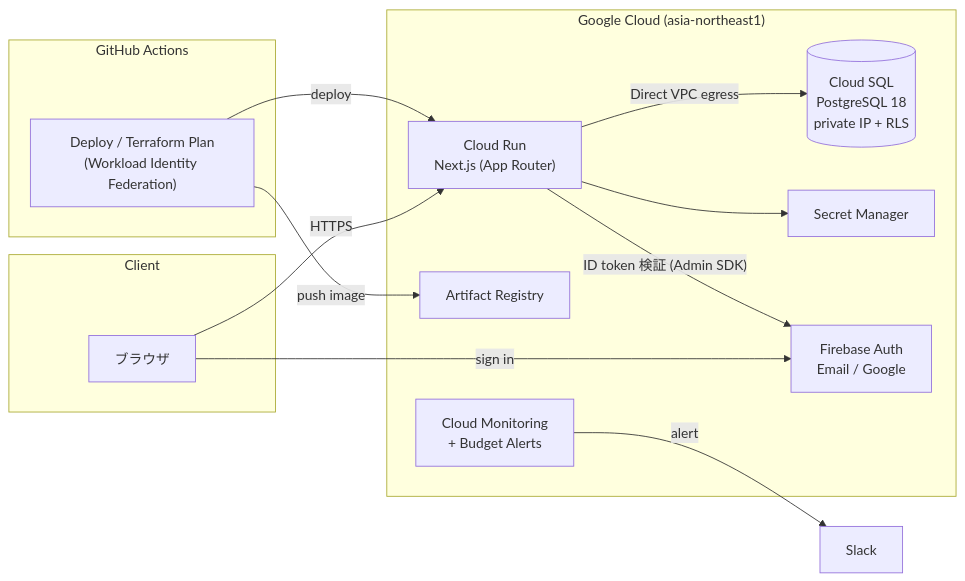
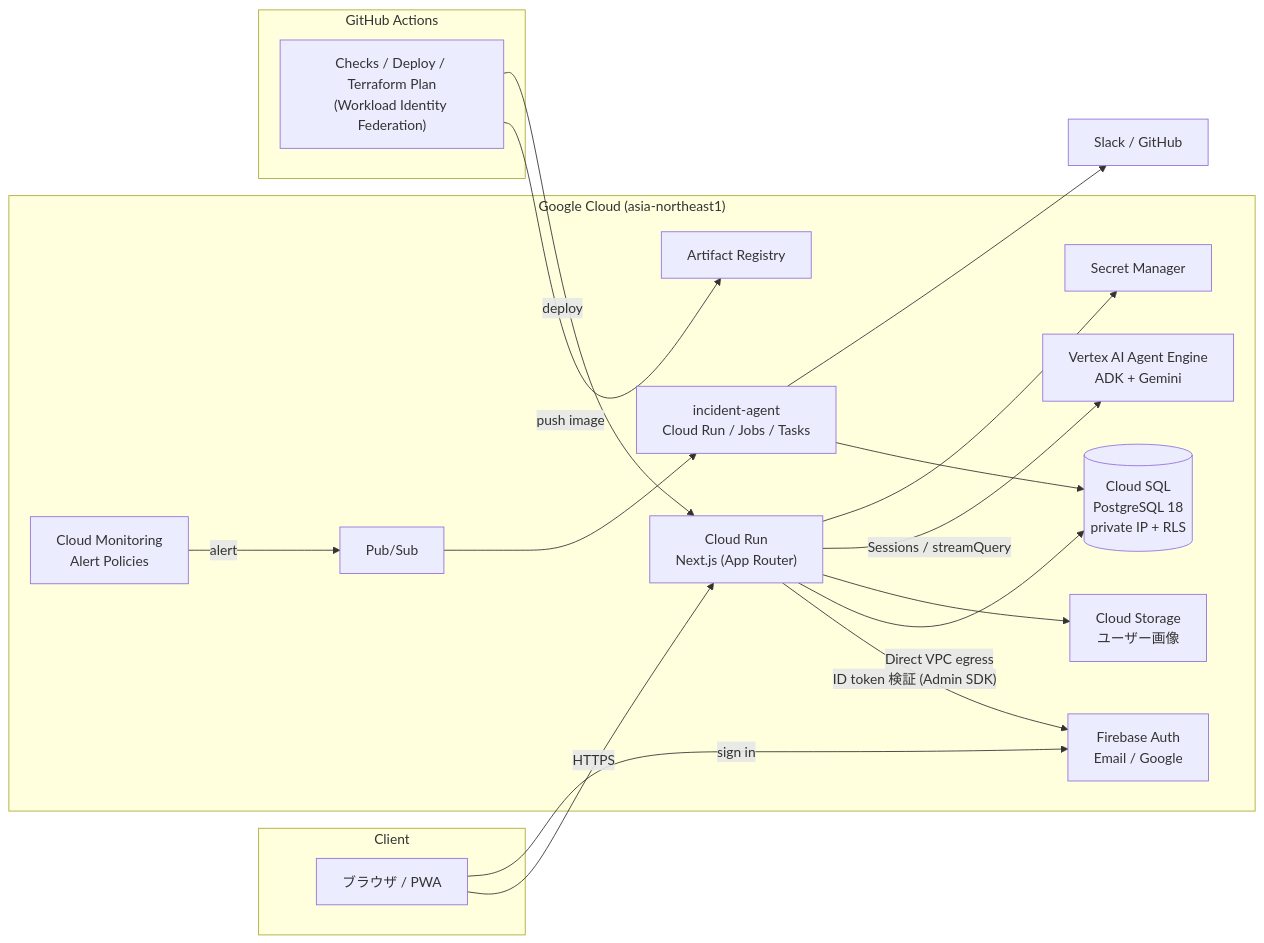
One commit to protofield-labs/mogu changed the first of 2 diagrams in README.md. Above: the diagram before and after it, drawn with Mermaid. The commit also changed other lines of this file and 3 other files, not shown here.

````diff
--- a/README.md
+++ b/README.md
@@ -9,28 +9,37 @@
 ```mermaid
 flowchart LR
     subgraph Client
-        U["ブラウザ"]
+        U["ブラウザ / PWA"]
     end
 
     subgraph GoogleCloud["Google Cloud (asia-northeast1)"]
         CR["Cloud Run<br/>Next.js (App Router)"]
         SQL[("Cloud SQL<br/>PostgreSQL 18<br/>private IP + RLS")]
+        GCS["Cloud Storage<br/>ユーザー画像"]
+        VAI["Vertex AI Agent Engine<br/>ADK + Gemini"]
         SM["Secret Manager"]
         FB["Firebase Auth<br/>Email / Google"]
         AR["Artifact Registry"]
-        MON["Cloud Monitoring<br/>+ Budget Alerts"]
+        MON["Cloud Monitoring<br/>Alert Policies"]
+        PS["Pub/Sub"]
+        IA["incident-agent<br/>Cloud Run / Jobs / Tasks"]
     end
 
     subgraph CI["GitHub Actions"]
-        GA["Deploy / Terraform Plan<br/>(Workload Identity Federation)"]
+        GA["Checks / Deploy / Terraform Plan<br/>(Workload Identity Federation)"]
     end
 
     U -- HTTPS --> CR
     U -- sign in --> FB
     CR -- "ID token 検証 (Admin SDK)" --> FB
     CR -- "Direct VPC egress" --> SQL
+    CR --> GCS
+    CR -- "Sessions / streamQuery" --> VAI
     CR --> SM
     GA -- push image --> AR
     GA -- deploy --> CR
-    MON -- alert --> SLK["Slack"]
+    MON -- alert --> PS
+    PS --> IA
+    IA --> SQL
+    IA --> SLK["Slack / GitHub"]
 ```
````
